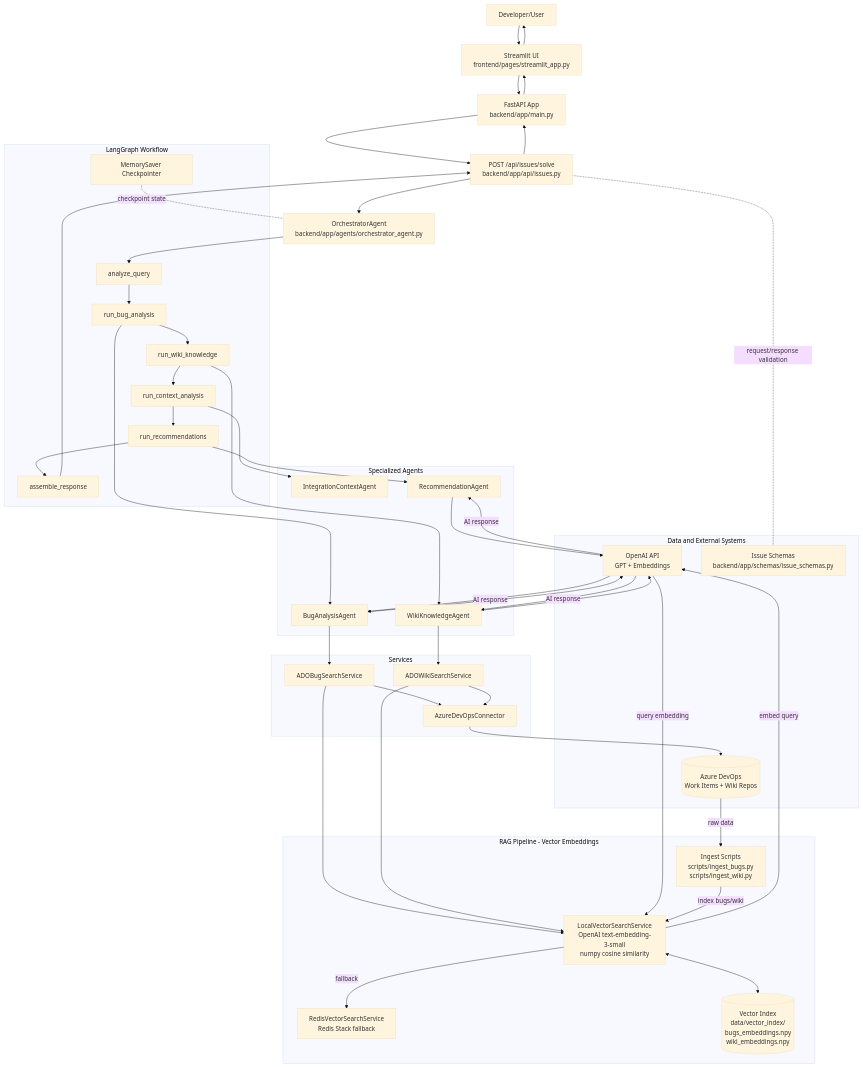
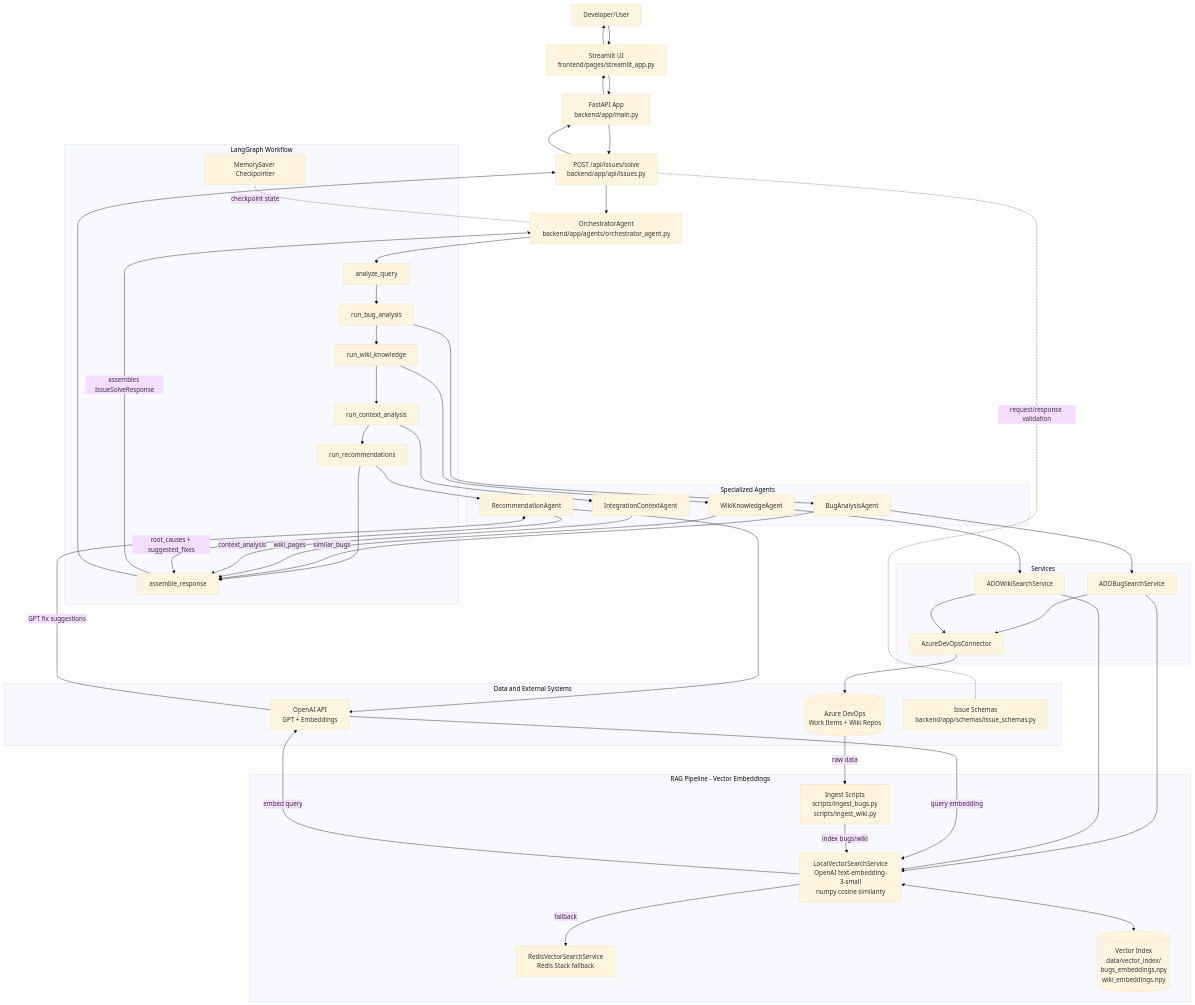
The diagram in docs/architecture.mmd (mbighane/ErrorLens--AI-Powered-Issue-Advisor), drawn with Mermaid (base theme) before and after one commit. The commit also changed 1 other file, not shown here.

Commit message:
Show agent result collection and final response assembly by OrchestratorAgent

```diff
--- a/docs/architecture.mmd
+++ b/docs/architecture.mmd
@@ -1,72 +1,74 @@
 graph TB
     U[Developer/User]
     ST[Streamlit UI<br/>frontend/pages/streamlit_app.py]
     API[FastAPI App<br/>backend/app/main.py]
     EP[POST /api/issues/solve<br/>backend/app/api/issues.py]
     ORCH[OrchestratorAgent<br/>backend/app/agents/orchestrator_agent.py]
 
     subgraph LG[LangGraph Workflow]
         N1[analyze_query]
         N2[run_bug_analysis]
         N3[run_wiki_knowledge]
         N4[run_context_analysis]
         N5[run_recommendations]
         N6[assemble_response]
         CP[MemorySaver Checkpointer]
     end
 
     subgraph AG[Specialized Agents]
         BA[BugAnalysisAgent]
         WA[WikiKnowledgeAgent]
         CA[IntegrationContextAgent]
         RA[RecommendationAgent]
     end
 
     subgraph SV[Services]
         BS[ADOBugSearchService]
         WS[ADOWikiSearchService]
         ADOC[AzureDevOpsConnector]
     end
 
     subgraph RAG[RAG Pipeline - Vector Embeddings]
         LV[LocalVectorSearchService<br/>OpenAI text-embedding-3-small<br/>numpy cosine similarity]
         RV[RedisVectorSearchService<br/>Redis Stack fallback]
         VI[(Vector Index<br/>data/vector_index/<br/>bugs_embeddings.npy<br/>wiki_embeddings.npy)]
         ING[Ingest Scripts<br/>scripts/ingest_bugs.py<br/>scripts/ingest_wiki.py]
     end
 
     subgraph DM[Data and External Systems]
         ADO[(Azure DevOps<br/>Work Items + Wiki Repos)]
         OPENAI[OpenAI API<br/>GPT + Embeddings]
         SC[Issue Schemas<br/>backend/app/schemas/issue_schemas.py]
     end
 
     U --> ST --> API --> EP --> ORCH
     EP -. request/response validation .- SC
 
     ORCH --> N1 --> N2 --> N3 --> N4 --> N5 --> N6
     CP -. checkpoint state .- ORCH
 
     N2 --> BA --> BS
     N3 --> WA --> WS
     N4 --> CA
     N5 --> RA
 
+    BA -- similar_bugs --> N6
+    WA -- wiki_pages --> N6
+    CA -- context_analysis --> N6
+    RA -- root_causes + suggested_fixes --> N6
+    N6 -- assembles IssueSolveResponse --> ORCH
+
     BS --> LV
     WS --> LV
     LV -- embed query --> OPENAI
     OPENAI -- query embedding --> LV
     LV <--> VI
     LV -- fallback --> RV
     BS --> ADOC --> ADO
     WS --> ADOC
     ING -- index bugs/wiki --> LV
     ADO -- raw data --> ING
 
-    BA --> OPENAI
-    WA --> OPENAI
     RA --> OPENAI
-    OPENAI -- AI response --> BA
-    OPENAI -- AI response --> WA
-    OPENAI -- AI response --> RA
+    OPENAI -- GPT fix suggestions --> RA
     N6 --> EP --> API --> ST --> U
```
